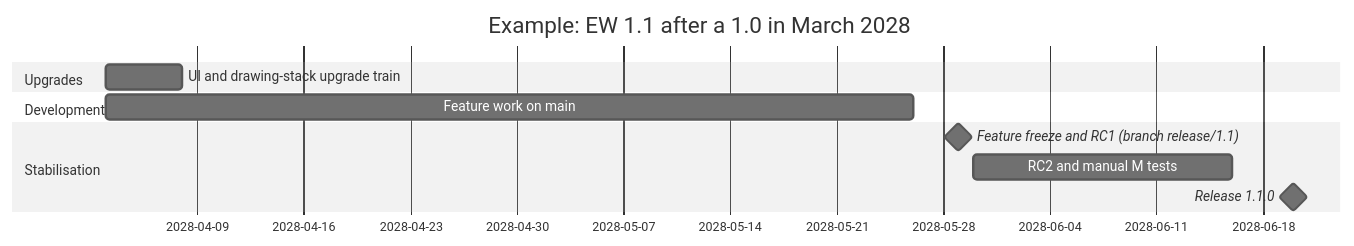
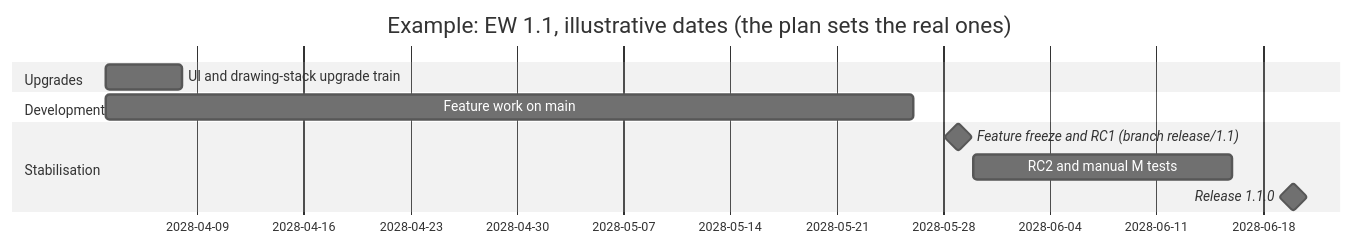
Before and after one commit to Ironkode787/ElektraWatt: the third of 4 diagrams in docs/design/18-quality-security-release.md, drawn with Mermaid (neutral theme). The commit also changed other lines of this file and 44 other files, not shown here.

````diff
--- a/docs/design/18-quality-security-release.md
+++ b/docs/design/18-quality-security-release.md
@@ -627,13 +636,13 @@
 ```mermaid
 gantt
-  title Example: EW 1.1 after a 1.0 in March 2028
+  title Example: EW 1.1, illustrative dates (the plan sets the real ones)
   dateFormat YYYY-MM-DD
   section Upgrades
   UI and drawing-stack upgrade train :u, 2028-04-03, 5d
   section Development
   Feature work on main               :d, 2028-04-03, 2028-05-26
   section Stabilisation
   Feature freeze and RC1 (branch release/1.1) :milestone, f, 2028-05-29, 0d
   RC2 and manual M tests             :r, 2028-05-30, 2028-06-16
   Release 1.1.0                      :milestone, 2028-06-20, 0d
 ```
````
